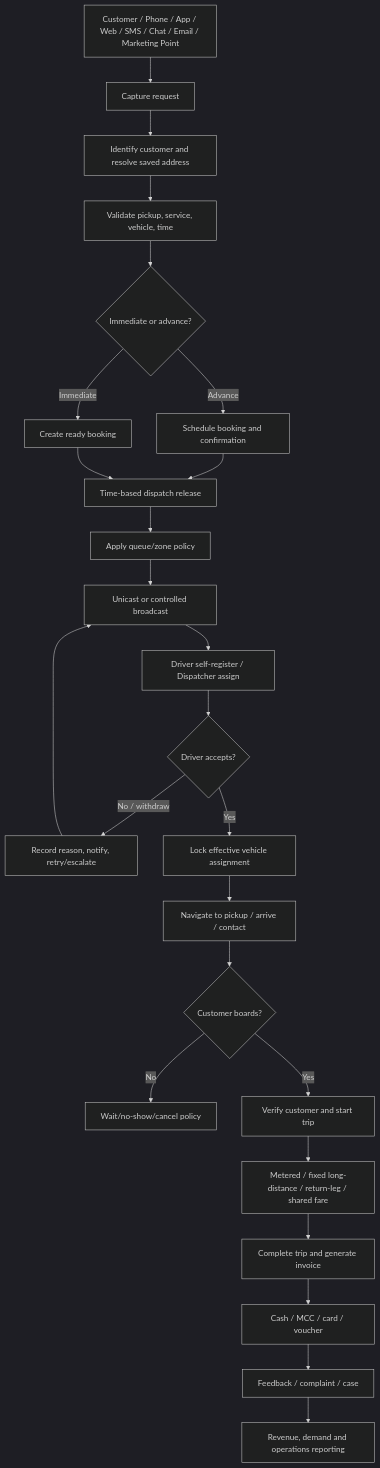
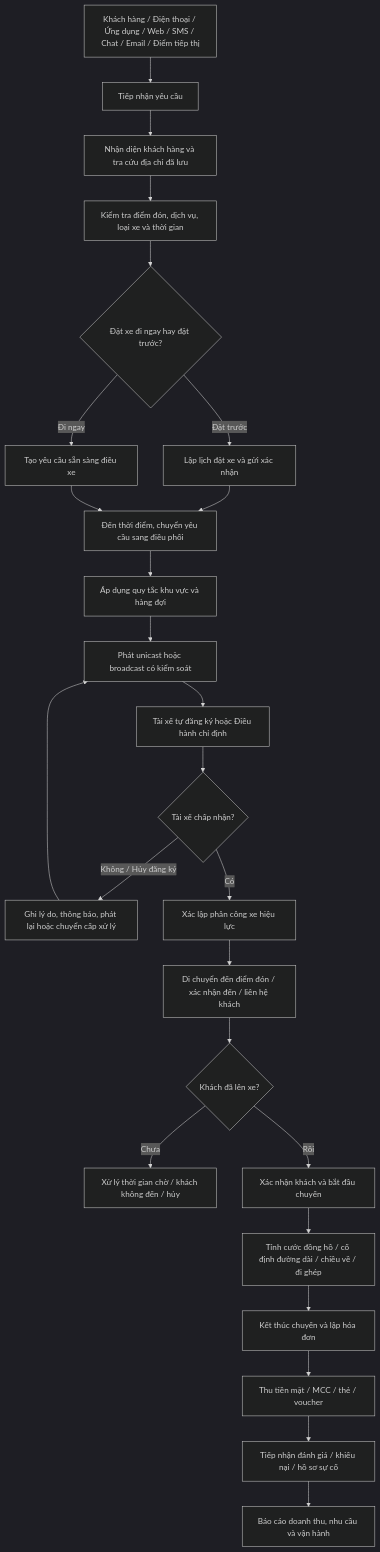
One commit to daoaigiangnam/Taxi-Management-System changed the diagram in 01-FULL-BUSINESS-SYSTEM-BLUEPRINT.md. Above: the diagram before and after it, drawn with Mermaid (dark theme). The commit also changed other lines of this file, not shown here.

Commit message:
docs: translate full taxi blueprint and flowchart into Vietnamese

````diff
--- a/01-FULL-BUSINESS-SYSTEM-BLUEPRINT.md
+++ b/01-FULL-BUSINESS-SYSTEM-BLUEPRINT.md
@@ -113,27 +116,27 @@
 ```mermaid
 flowchart TD
- A["Customer / Phone / App / Web / SMS / Chat / Email / Marketing Point"] --> B["Capture request"]
- B --> C["Identify customer and resolve saved address"]
- C --> D["Validate pickup, service, vehicle, time"]
- D --> E{"Immediate or advance?"}
- E -->|Advance| F["Schedule booking and confirmation"]
- E -->|Immediate| G["Create ready booking"]
- F --> H["Time-based dispatch release"]
+ A["Khách hàng / Điện thoại / Ứng dụng / Web / SMS / Chat / Email / Điểm tiếp thị"] --> B["Tiếp nhận yêu cầu"]
+ B --> C["Nhận diện khách hàng và tra cứu địa chỉ đã lưu"]
+ C --> D["Kiểm tra điểm đón, dịch vụ, loại xe và thời gian"]
+ D --> E{"Đặt xe đi ngay hay đặt trước?"}
+ E -->|Đặt trước| F["Lập lịch đặt xe và gửi xác nhận"]
+ E -->|Đi ngay| G["Tạo yêu cầu sẵn sàng điều xe"]
+ F --> H["Đến thời điểm, chuyển yêu cầu sang điều phối"]
  G --> H
- H --> I["Apply queue/zone policy"]
- I --> J["Unicast or controlled broadcast"]
- J --> K["Driver self-register / Dispatcher assign"]
- K --> L{"Driver accepts?"}
- L -->|No / withdraw| M["Record reason, notify, retry/escalate"]
+ H --> I["Áp dụng quy tắc khu vực và hàng đợi"]
+ I --> J["Phát unicast hoặc broadcast có kiểm soát"]
+ J --> K["Tài xế tự đăng ký hoặc Điều hành chỉ định"]
+ K --> L{"Tài xế chấp nhận?"}
+ L -->|Không / Hủy đăng ký| M["Ghi lý do, thông báo, phát lại hoặc chuyển cấp xử lý"]
  M --> J
- L -->|Yes| N["Lock effective vehicle assignment"]
- N --> O["Navigate to pickup / arrive / contact"]
- O --> P{"Customer boards?"}
- P -->|No| Q["Wait/no-show/cancel policy"]
- P -->|Yes| R["Verify customer and start trip"]
- R --> S["Metered / fixed long-distance / return-leg / shared fare"]
- S --> T["Complete trip and generate invoice"]
- T --> U["Cash / MCC / card / voucher"]
- U --> V["Feedback / complaint / case"]
- V --> W["Revenue, demand and operations reporting"]
+ L -->|Có| N["Xác lập phân công xe hiệu lực"]
+ N --> O["Di chuyển đến điểm đón / xác nhận đến / liên hệ khách"]
+ O --> P{"Khách đã lên xe?"}
+ P -->|Chưa| Q["Xử lý thời gian chờ / khách không đến / hủy"]
+ P -->|Rồi| R["Xác nhận khách và bắt đầu chuyến"]
+ R --> S["Tính cước đồng hồ / cố định đường dài / chiều về / đi ghép"]
+ S --> T["Kết thúc chuyến và lập hóa đơn"]
+ T --> U["Thu tiền mặt / MCC / thẻ / voucher"]
+ U --> V["Tiếp nhận đánh giá / khiếu nại / hồ sơ sự cố"]
+ V --> W["Báo cáo doanh thu, nhu cầu và vận hành"]
 ```
````
